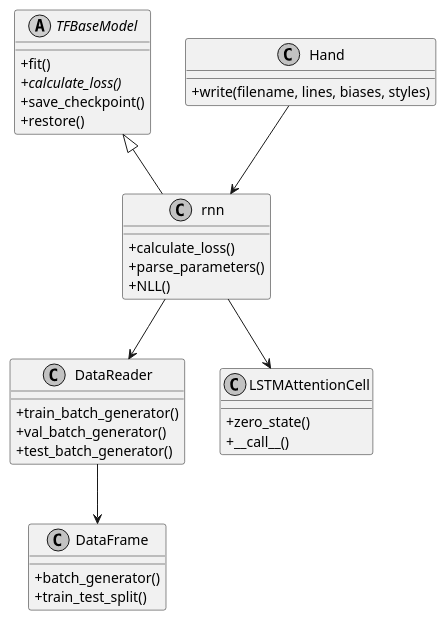
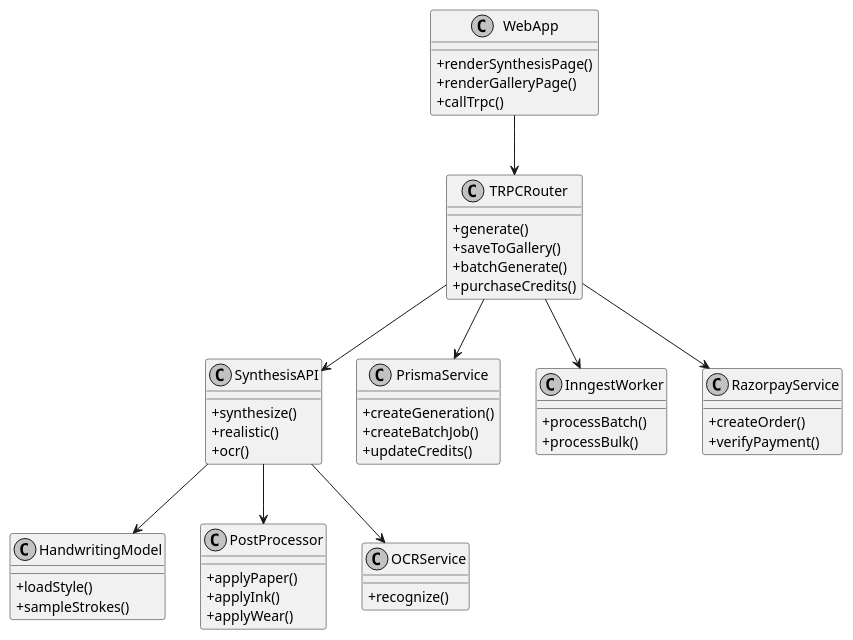
Before and after one commit to bhadraagada/ctrlpluspen: the fifth of 15 diagrams in docss/CONCEPTUAL_DIAGRAMS.md, drawn with PlantUML. The commit also changed other lines of this file and 138 other files, not shown here.

````diff
--- a/docss/CONCEPTUAL_DIAGRAMS.md
+++ b/docss/CONCEPTUAL_DIAGRAMS.md
@@ -252,46 +344,66 @@
 ```plantuml
 @startuml
 skinparam monochrome true
 skinparam shadowing false
 skinparam classAttributeIconSize 0
 
-abstract class TFBaseModel {
-  + fit()
-  + {abstract} calculate_loss()
-  + save_checkpoint()
-  + restore()
+class WebApp {
+  + renderSynthesisPage()
+  + renderGalleryPage()
+  + callTrpc()
 }
 
-class rnn {
-  + calculate_loss()
-  + parse_parameters()
-  + NLL()
+class TRPCRouter {
+  + generate()
+  + saveToGallery()
+  + batchGenerate()
+  + purchaseCredits()
 }
 
-class DataReader {
-  + train_batch_generator()
-  + val_batch_generator()
-  + test_batch_generator()
+class SynthesisAPI {
+  + synthesize()
+  + realistic()
+  + ocr()
 }
 
-class DataFrame {
-  + batch_generator()
-  + train_test_split()
+class HandwritingModel {
+  + loadStyle()
+  + sampleStrokes()
 }
 
-class LSTMAttentionCell {
-  + zero_state()
-  + __call__()
+class PostProcessor {
+  + applyPaper()
+  + applyInk()
+  + applyWear()
 }
 
-class Hand {
-  + write(filename, lines, biases, styles)
+class OCRService {
+  + recognize()
 }
 
-TFBaseModel <|-- rnn
-rnn --> DataReader
-rnn --> LSTMAttentionCell
-DataReader --> DataFrame
-Hand --> rnn
+class PrismaService {
+  + createGeneration()
+  + createBatchJob()
+  + updateCredits()
+}
+
+class InngestWorker {
+  + processBatch()
+  + processBulk()
+}
+
+class RazorpayService {
+  + createOrder()
+  + verifyPayment()
+}
+
+WebApp --> TRPCRouter
+TRPCRouter --> PrismaService
+TRPCRouter --> SynthesisAPI
+TRPCRouter --> InngestWorker
+TRPCRouter --> RazorpayService
+SynthesisAPI --> HandwritingModel
+SynthesisAPI --> PostProcessor
+SynthesisAPI --> OCRService
 @enduml
 ```
````
